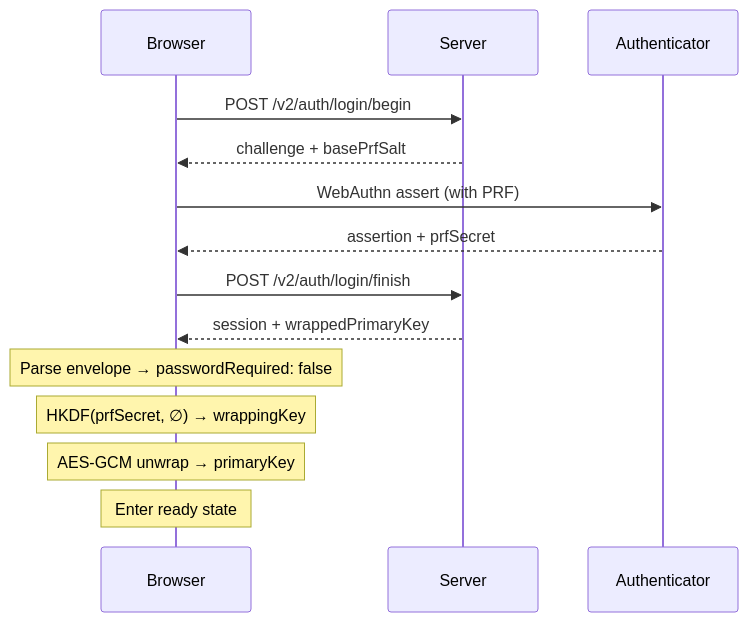
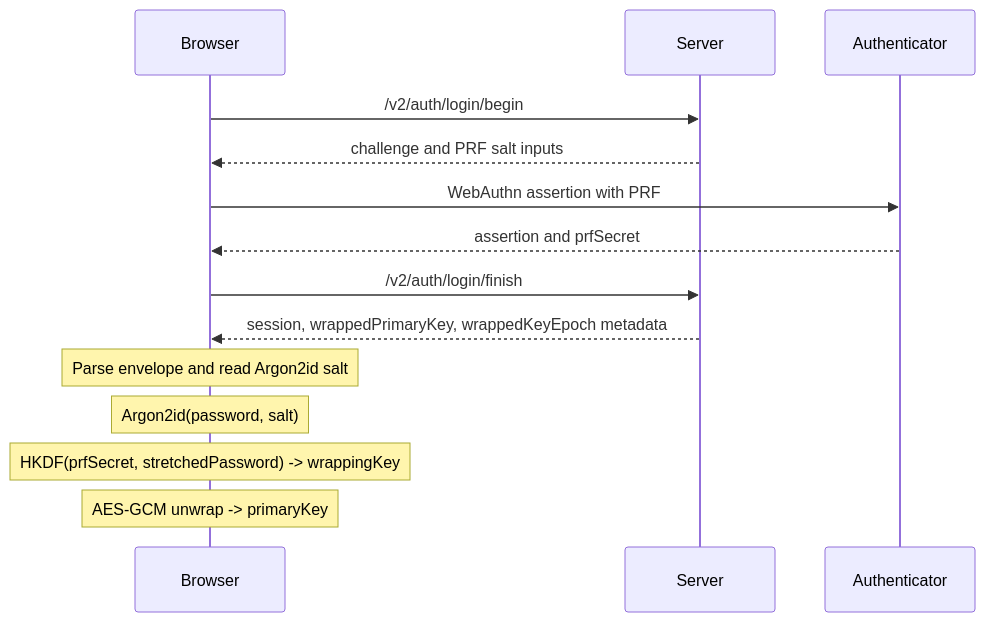
The sixth of 9 diagrams in docs/06-crypto-architecture.md (ItalyPaleAle/revaulter), drawn with Mermaid before and after one commit. The commit also changed other lines of this file and 1 other file, not shown here.

Commit message:
Updated doc with crypto architecture

````diff
--- a/docs/06-crypto-architecture.md
+++ b/docs/06-crypto-architecture.md
@@ -158,18 +294,17 @@
 ```mermaid
 sequenceDiagram
     participant B as Browser
     participant S as Server
     participant A as Authenticator
 
-    B->>S: POST /v2/auth/login/begin
-    S-->>B: challenge + basePrfSalt
-    B->>A: WebAuthn assert (with PRF)
-    A-->>B: assertion + prfSecret
-    B->>S: POST /v2/auth/login/finish
-    S-->>B: session + wrappedPrimaryKey
-
-    Note over B: Parse envelope → passwordRequired: false
-    Note over B: HKDF(prfSecret, ∅) → wrappingKey
-    Note over B: AES-GCM unwrap → primaryKey
-    Note over B: Enter ready state
+    B->>S: /v2/auth/login/begin
+    S-->>B: challenge and PRF salt inputs
+    B->>A: WebAuthn assertion with PRF
+    A-->>B: assertion and prfSecret
+    B->>S: /v2/auth/login/finish
+    S-->>B: session, wrappedPrimaryKey, wrappedKeyEpoch metadata
+    Note over B: Parse envelope and read Argon2id salt
+    Note over B: Argon2id(password, salt)
+    Note over B: HKDF(prfSecret, stretchedPassword) -> wrappingKey
+    Note over B: AES-GCM unwrap -> primaryKey
 ```
````
